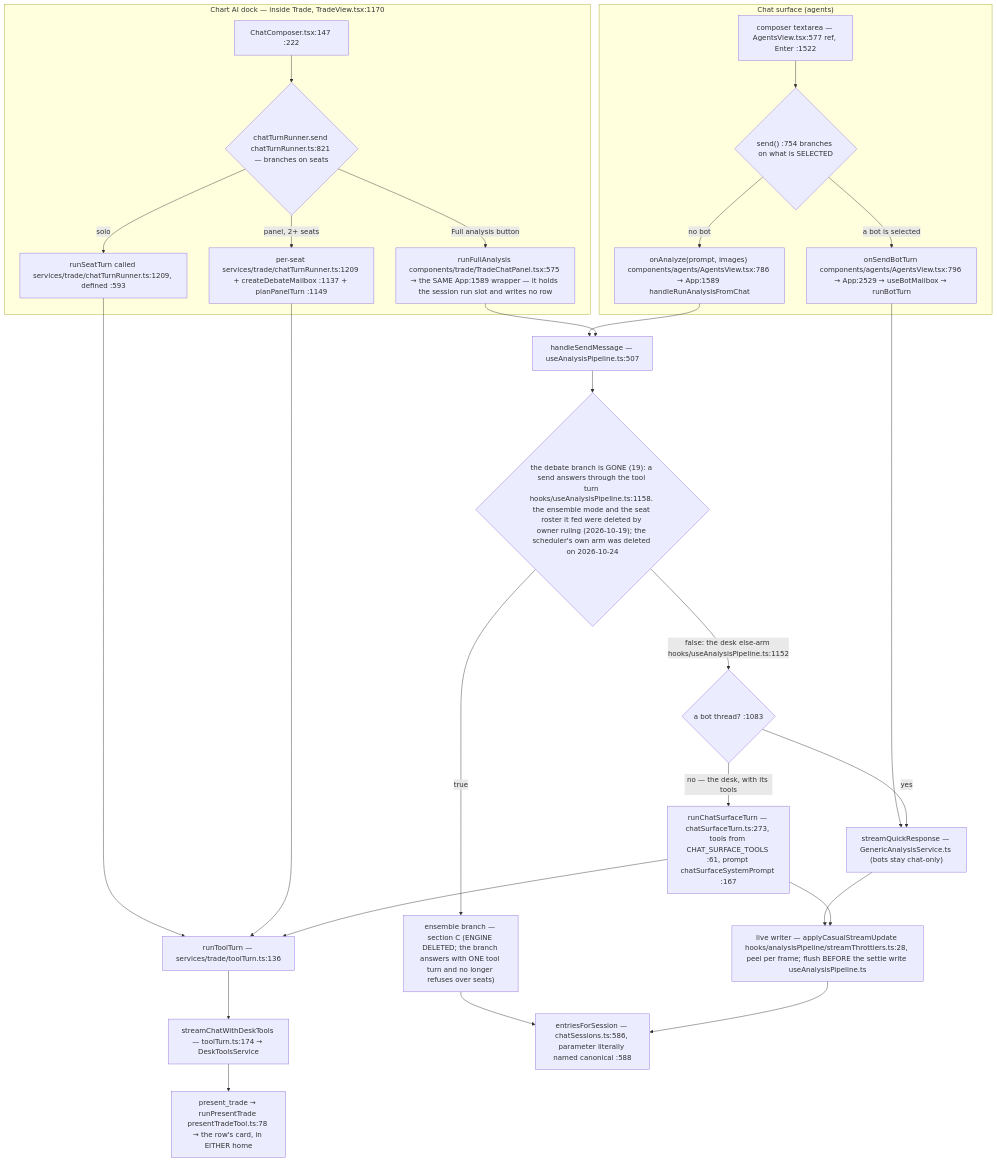
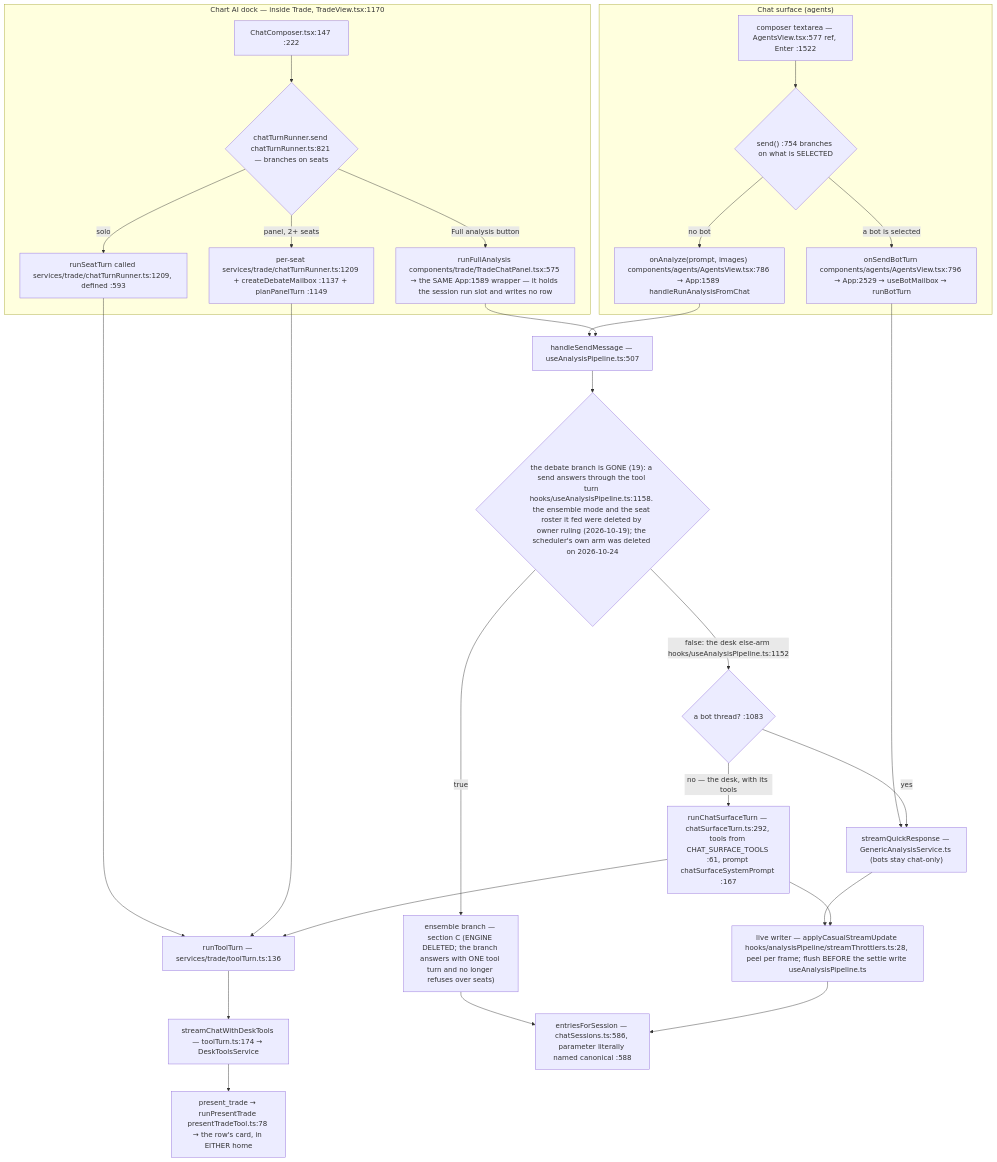
Before and after one commit to Acepay25/august-3.5: the second of 8 diagrams in docs/app-flow.md, drawn with Mermaid. The commit also changed other lines of this file and 4 other files, not shown here.

````diff
--- a/docs/app-flow.md
+++ b/docs/app-flow.md
@@ -78,31 +78,31 @@
 ```mermaid
 flowchart TD
     subgraph CHAT["Chat surface (agents)"]
         CB["composer textarea — AgentsView.tsx:577 ref, Enter :1522"] --> D1{"send() :754 branches on what is SELECTED"}
         D1 -->|a bot is selected| BOT["onSendBotTurn components/agents/AgentsView.tsx:796 → App:2529 → useBotMailbox → runBotTurn"]
         D1 -->|no bot| AN["onAnalyze(prompt, images) components/agents/AgentsView.tsx:786 → App:1589 handleRunAnalysisFromChat"]
     end
     subgraph DOCK["Chart AI dock — inside Trade, TradeView.tsx:1170"]
         DC["ChatComposer.tsx:147 :222"] --> D2{"chatTurnRunner.send chatTurnRunner.ts:821 — branches on seats"}
         D2 -->|solo| SO["runSeatTurn called services/trade/chatTurnRunner.ts:1209, defined :593"]
         D2 -->|panel, 2+ seats| PN["per-seat services/trade/chatTurnRunner.ts:1209 + createDebateMailbox :1137 + planPanelTurn :1149"]
         D2 -->|Full analysis button| FA["runFullAnalysis components/trade/TradeChatPanel.tsx:575 → the SAME App:1589 wrapper — it holds the session run slot and writes no row"]
     end
     SO --> TT["runToolTurn — services/trade/toolTurn.ts:136"]
     PN --> TT
     TT --> SCDT["streamChatWithDeskTools — toolTurn.ts:174 → DeskToolsService"]
     BOT --> TR["streamQuickResponse — GenericAnalysisService.ts (bots stay chat-only)"]
     AN --> HSM["handleSendMessage — useAnalysisPipeline.ts:507"]
     FA --> HSM
     HSM --> D3{"the debate branch is GONE (19): a send answers through the tool turn hooks/useAnalysisPipeline.ts:1158. the ensemble mode and the seat roster it fed were deleted by owner ruling (2026-10-19); the scheduler's own arm was deleted on 2026-10-24"}
     D3 -->|true| ENS["ensemble branch — section C (ENGINE DELETED; the branch answers with ONE tool turn and no longer refuses over seats)"]
     D3 -->|false: the desk else-arm hooks/useAnalysisPipeline.ts:1152| SPLIT{"a bot thread? :1083"}
     SPLIT -->|yes| TR
-    SPLIT -->|no — the desk, with its tools| CST["runChatSurfaceTurn — chatSurfaceTurn.ts:273, tools from CHAT_SURFACE_TOOLS :61, prompt chatSurfaceSystemPrompt :167"]
+    SPLIT -->|no — the desk, with its tools| CST["runChatSurfaceTurn — chatSurfaceTurn.ts:292, tools from CHAT_SURFACE_TOOLS :61, prompt chatSurfaceSystemPrompt :167"]
     CST --> TT
     TR --> LW["live writer — applyCasualStreamUpdate hooks/analysisPipeline/streamThrottlers.ts:28, peel per frame; flush BEFORE the settle write useAnalysisPipeline.ts"]
     CST --> LW
     ENS --> MERGE
     LW --> MERGE["entriesForSession — chatSessions.ts:586, parameter literally named canonical :588"]
     SCDT --> PT["present_trade → runPresentTrade presentTradeTool.ts:78 → the row's card, in EITHER home"]
 ```
````
